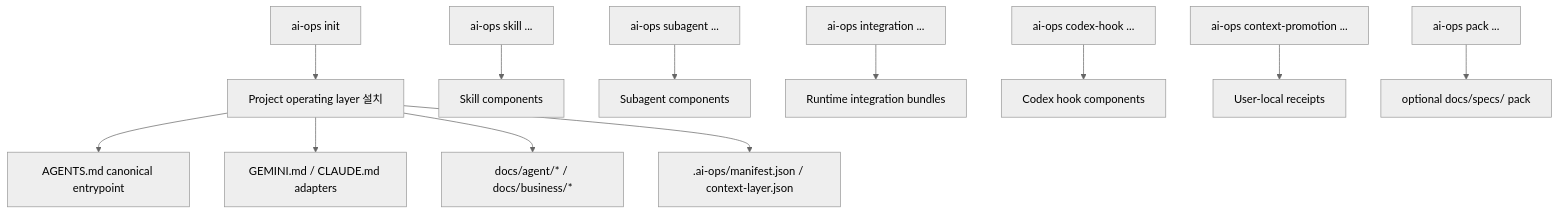
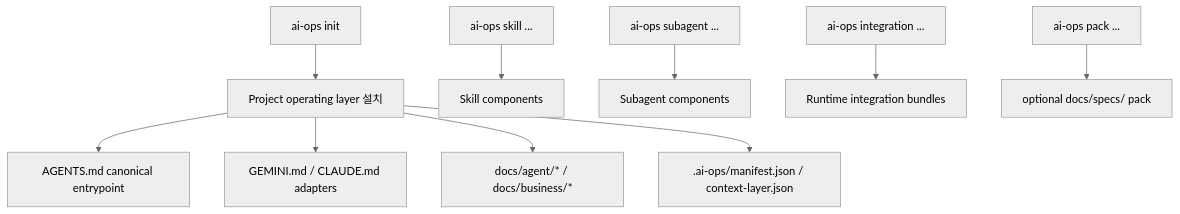
The diagram in apps/cli/README.ko.md (MincheolC/ai-ops-cli), drawn with Mermaid (neutral theme) before and after one commit. The commit also changed other lines of this file and 51 other files, not shown here.

Commit message:
refactor: remove context promotion workflow

````diff
--- a/apps/cli/README.ko.md
+++ b/apps/cli/README.ko.md
@@ -11,15 +11,13 @@
 ```mermaid
 flowchart TD
   init["ai-ops init"] --> layer["Project operating layer 설치"]
   layer --> entry["AGENTS.md canonical entrypoint"]
   layer --> adapters["GEMINI.md / CLAUDE.md adapters"]
   layer --> docs["docs/agent/* / docs/business/*"]
   layer --> state[".ai-ops/manifest.json / context-layer.json"]
 
   skill["ai-ops skill ..."] --> skillComponent["Skill components"]
   subagent["ai-ops subagent ..."] --> subagentComponent["Subagent components"]
   integration["ai-ops integration ..."] --> integrationComponent["Runtime integration bundles"]
-  hook["ai-ops codex-hook ..."] --> hookComponent["Codex hook components"]
-  receipt["ai-ops context-promotion ..."] --> receiptComponent["User-local receipts"]
   pack["ai-ops pack ..."] --> docsSpecs["optional docs/specs/ pack"]
 ```
````
